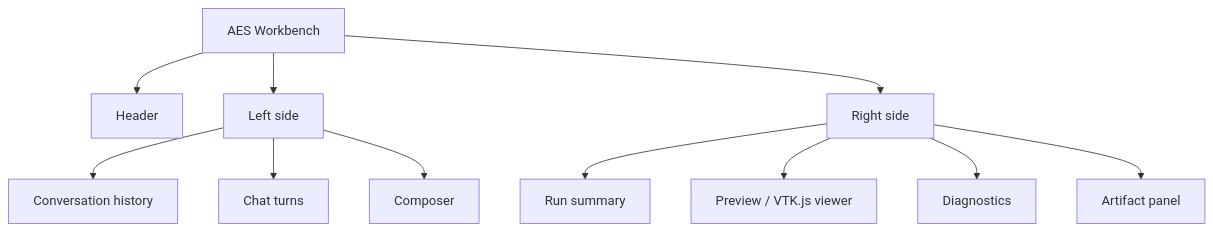
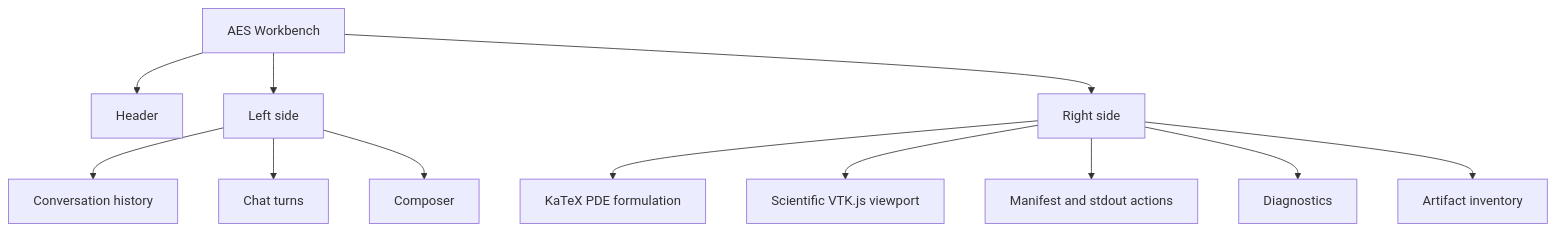
The second of 7 diagrams in web-ui/architecture.md (RadmirG/AES), drawn with Mermaid before and after one commit. The commit also changed other lines of this file and 40 other files, not shown here.

````diff
--- a/web-ui/architecture.md
+++ b/web-ui/architecture.md
@@ -50,13 +54,14 @@
 ```mermaid
 flowchart TD
     A["AES Workbench"] --> B["Header"]
     A --> C["Left side"]
     A --> D["Right side"]
     C --> E["Conversation history"]
     C --> F["Chat turns"]
     C --> G["Composer"]
-    D --> H["Run summary"]
-    D --> I["Preview / VTK.js viewer"]
-    D --> J["Diagnostics"]
-    D --> K["Artifact panel"]
+    D --> H["KaTeX PDE formulation"]
+    D --> I["Scientific VTK.js viewport"]
+    D --> J["Manifest and stdout actions"]
+    D --> K["Diagnostics"]
+    D --> L["Artifact inventory"]
 ```
````
